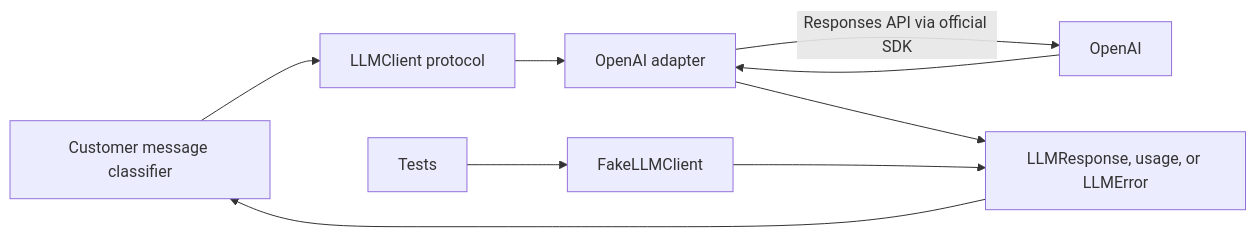
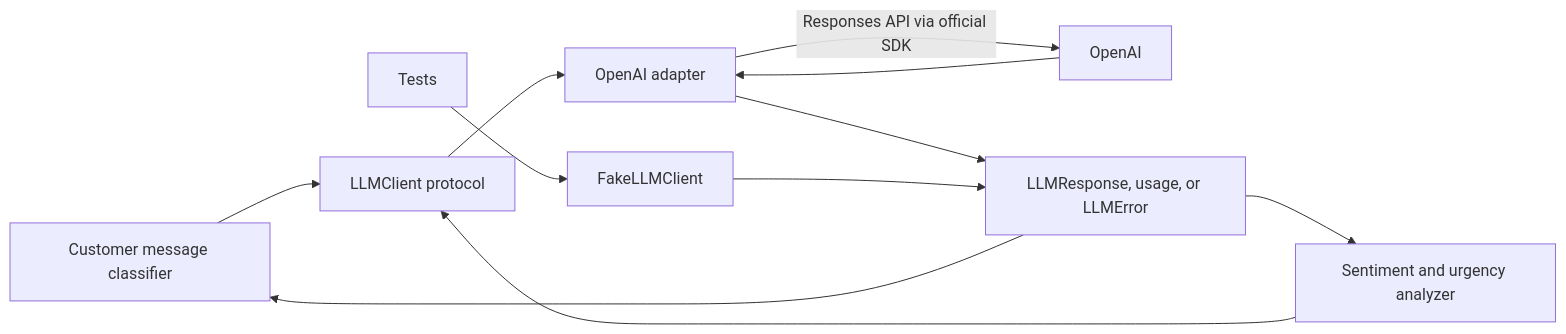
Before and after one commit to isazadesabuhi/ai-customer-support: the diagram in docs/architecture/llm-integration.md, drawn with Mermaid. The commit also changed other lines of this file and 24 other files, not shown here.

Commit message:
feat(ai): add sentiment and urgency analysis with validated outputs

````diff
--- a/docs/architecture/llm-integration.md
+++ b/docs/architecture/llm-integration.md
@@ -5,11 +5,13 @@
 ```mermaid
 flowchart LR
     Service["Customer message classifier"] --> Client["LLMClient protocol"]
+    Analyzer["Sentiment and urgency analyzer"] --> Client
     Client --> Adapter["OpenAI adapter"]
     Adapter -->|"Responses API via official SDK"| API["OpenAI"]
     API --> Adapter
     Adapter --> Result["LLMResponse, usage, or LLMError"]
     Result --> Service
+    Result --> Analyzer
     Tests["Tests"] --> Fake["FakeLLMClient"]
     Fake --> Result
 ```
````
